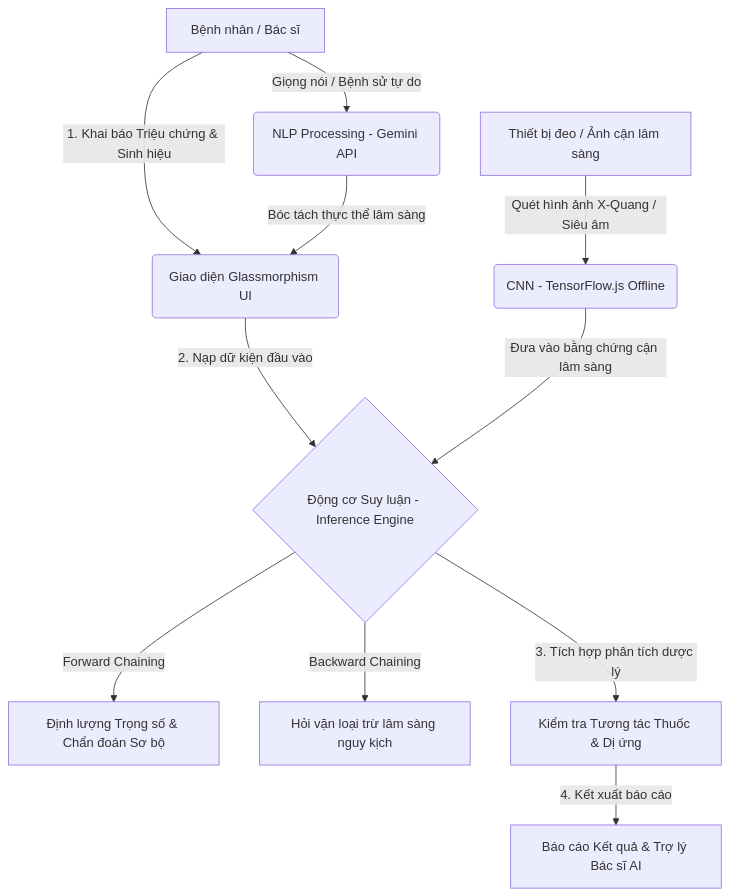
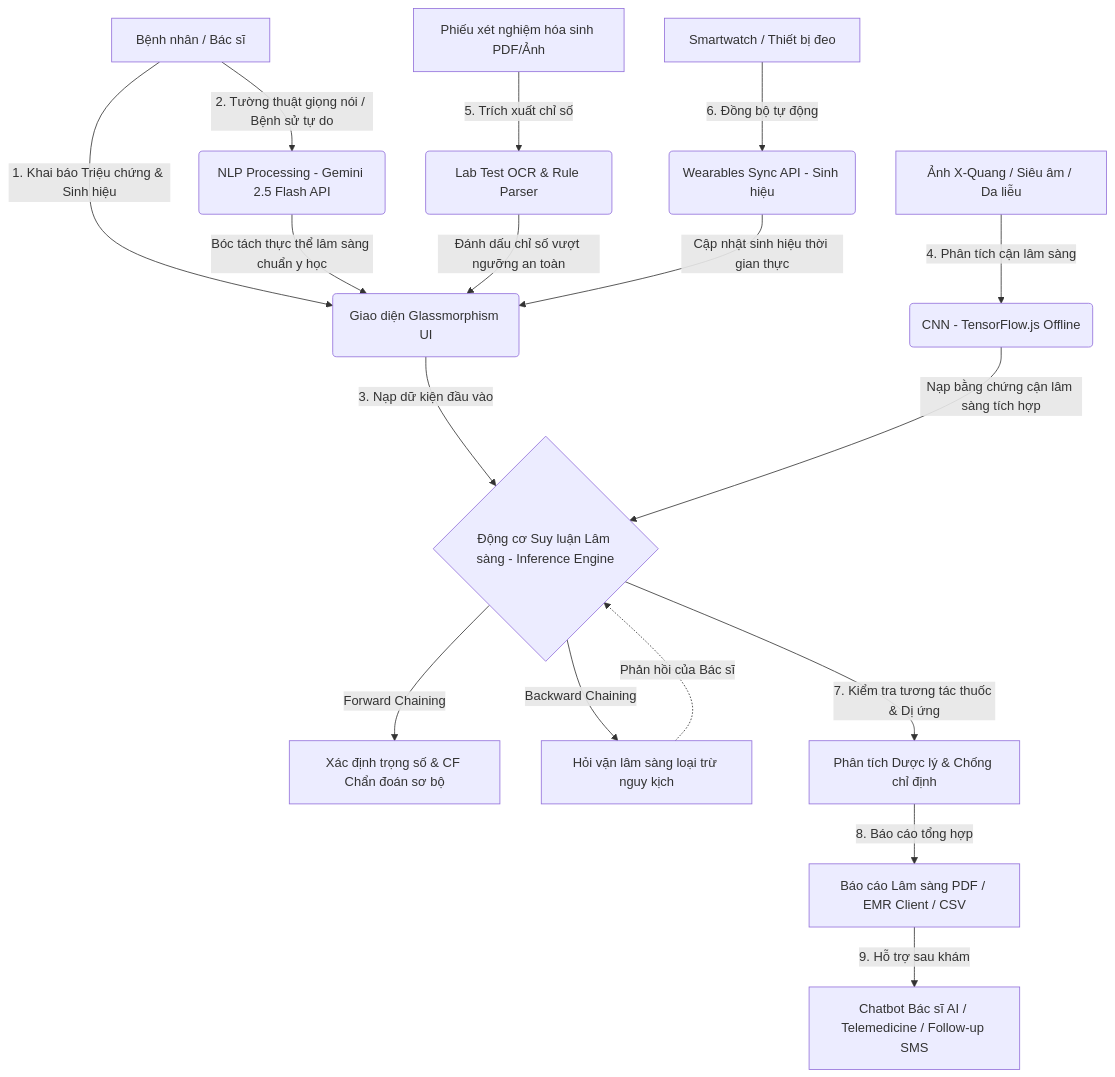
One commit to trungtin010305/YKhoa changed the diagram in README.md. Above: the diagram before and after it, drawn with Mermaid. The commit also changed other lines of this file, not shown here.

````diff
--- a/README.md
+++ b/README.md
@@ -29,13 +32,25 @@
 ```mermaid
 graph TD
     A[Bệnh nhân / Bác sĩ] -->|1. Khai báo Triệu chứng & Sinh hiệu| B(Giao diện Glassmorphism UI)
-    A -->|Giọng nói / Bệnh sử tự do| C(NLP Processing - Gemini API)
-    C -->|Bóc tách thực thể lâm sàng| B
-    B -->|2. Nạp dữ kiện đầu vào| D{Động cơ Suy luận - Inference Engine}
-    D -->|Forward Chaining| E[Định lượng Trọng số & Chẩn đoán Sơ bộ]
-    D -->|Backward Chaining| F[Hỏi vặn loại trừ lâm sàng nguy kịch]
-    G[Thiết bị đeo / Ảnh cận lâm sàng] -->|Quét hình ảnh X-Quang / Siêu âm| H(CNN - TensorFlow.js Offline)
-    H -->|Đưa vào bằng chứng cận lâm sàng| D
-    D -->|3. Tích hợp phân tích dược lý| I[Kiểm tra Tương tác Thuốc & Dị ứng]
-    I -->|4. Kết xuất báo cáo| J[Báo cáo Kết quả & Trợ lý Bác sĩ AI]
+    A -->|2. Tường thuật giọng nói / Bệnh sử tự do| C(NLP Processing - Gemini 2.5 Flash API)
+    C -->|Bóc tách thực thể lâm sàng chuẩn y học| B
+    
+    B -->|3. Nạp dữ kiện đầu vào| D{Động cơ Suy luận Lâm sàng - Inference Engine}
+    
+    D -->|Forward Chaining| E[Xác định trọng số & CF Chẩn đoán sơ bộ]
+    D -->|Backward Chaining| F[Hỏi vặn lâm sàng loại trừ nguy kịch]
+    F -.->|Phản hồi của Bác sĩ| D
+    
+    G[Ảnh X-Quang / Siêu âm / Da liễu] -->|4. Phân tích cận lâm sàng| H(CNN - TensorFlow.js Offline)
+    H -->|Nạp bằng chứng cận lâm sàng tích hợp| D
+    
+    I[Phiếu xét nghiệm hóa sinh PDF/Ảnh] -->|5. Trích xuất chỉ số| J(Lab Test OCR & Rule Parser)
+    J -->|Đánh dấu chỉ số vượt ngưỡng an toàn| B
+    
+    K[Smartwatch / Thiết bị đeo] -->|6. Đồng bộ tự động| L(Wearables Sync API - Sinh hiệu)
+    L -->|Cập nhật sinh hiệu thời gian thực| B
+    
+    D -->|7. Kiểm tra tương tác thuốc & Dị ứng| M[Phân tích Dược lý & Chống chỉ định]
+    M -->|8. Báo cáo tổng hợp| N[Báo cáo Lâm sàng PDF / EMR Client / CSV]
+    N -->|9. Hỗ trợ sau khám| O[Chatbot Bác sĩ AI / Telemedicine / Follow-up SMS]
 ```
````
